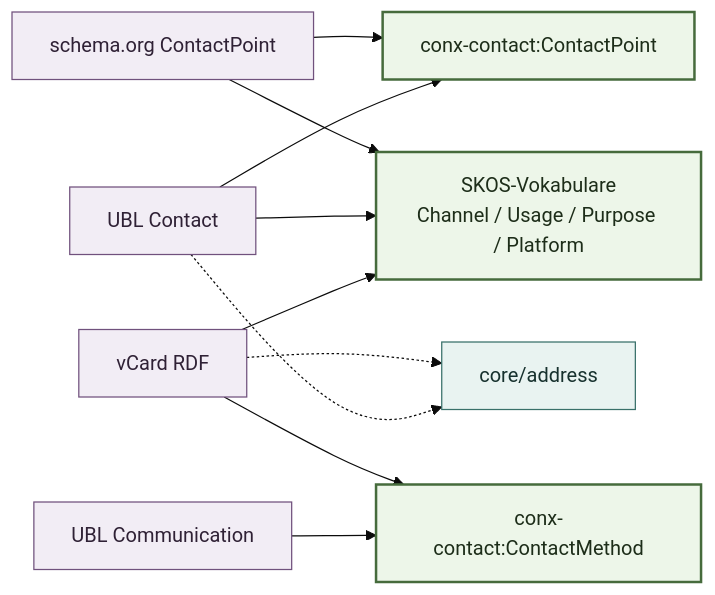
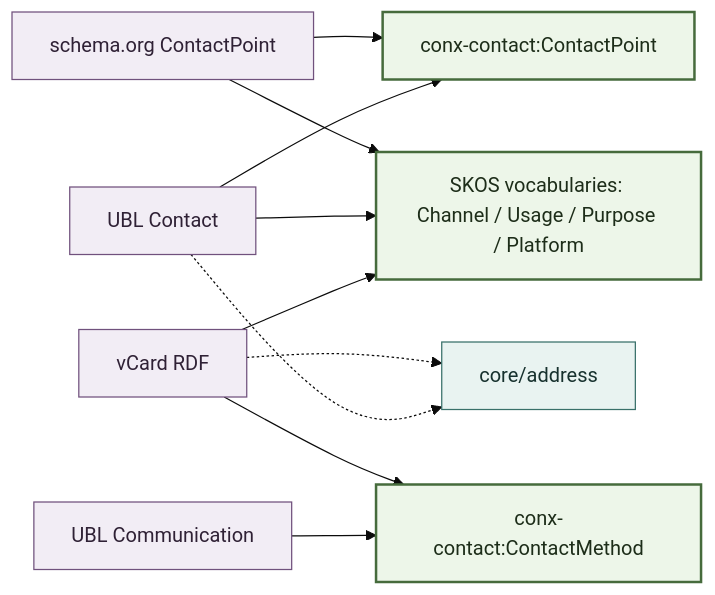
One commit to project-construct-x/constructx-ontologies changed the fifth of 5 diagrams in modules/core/contact/docs/diagrams/contact-concept-model.md. Above: the diagram before and after it, drawn with Mermaid (base theme). The commit also changed other lines of this file and 230 other files, not shown here.

````diff
--- a/modules/core/contact/docs/diagrams/contact-concept-model.md
+++ b/modules/core/contact/docs/diagrams/contact-concept-model.md
@@ -177,30 +177,30 @@
 ```mermaid
 flowchart LR
     UBLContact["UBL Contact"]
     UBLCommunication["UBL Communication"]
     SchemaCP["schema.org ContactPoint"]
     VCard["vCard RDF"]
 
     ContactPoint["conx-contact:ContactPoint"]
     ContactMethod["conx-contact:ContactMethod"]
-    Vocab["SKOS-Vokabulare<br/>Channel / Usage / Purpose / Platform"]
+    Vocab["SKOS vocabularies: Channel / Usage / Purpose / Platform"]
     Address["core/address"]
 
     UBLContact --> ContactPoint
     SchemaCP --> ContactPoint
     UBLCommunication --> ContactMethod
     VCard --> ContactMethod
     VCard --> Vocab
     UBLContact --> Vocab
     SchemaCP --> Vocab
     UBLContact -.-> Address
     VCard -.-> Address
 
     classDef source fill:#f2edf5,stroke:#70517d,color:#2f2135;
     classDef target fill:#edf6e9,stroke:#466b3c,color:#1d2d19,stroke-width:2px;
     classDef address fill:#e9f3f1,stroke:#39706a,color:#17312e;
 
     class UBLContact,UBLCommunication,SchemaCP,VCard source;
     class ContactPoint,ContactMethod,Vocab target;
     class Address address;
 ```
````
